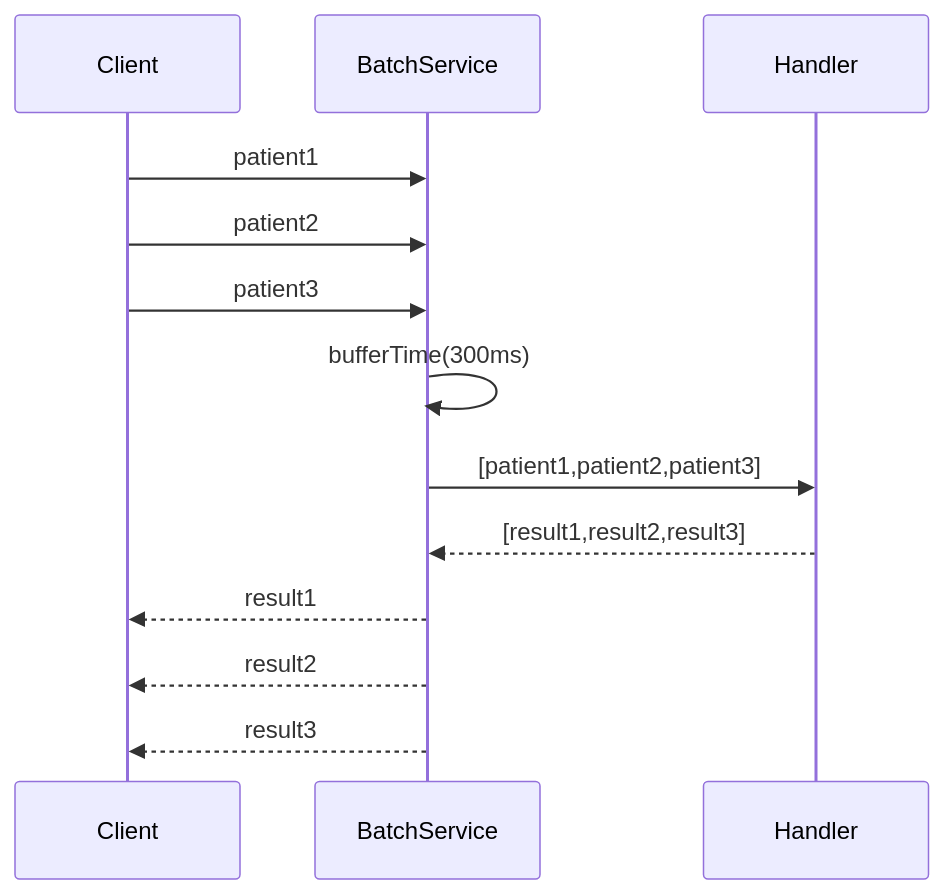
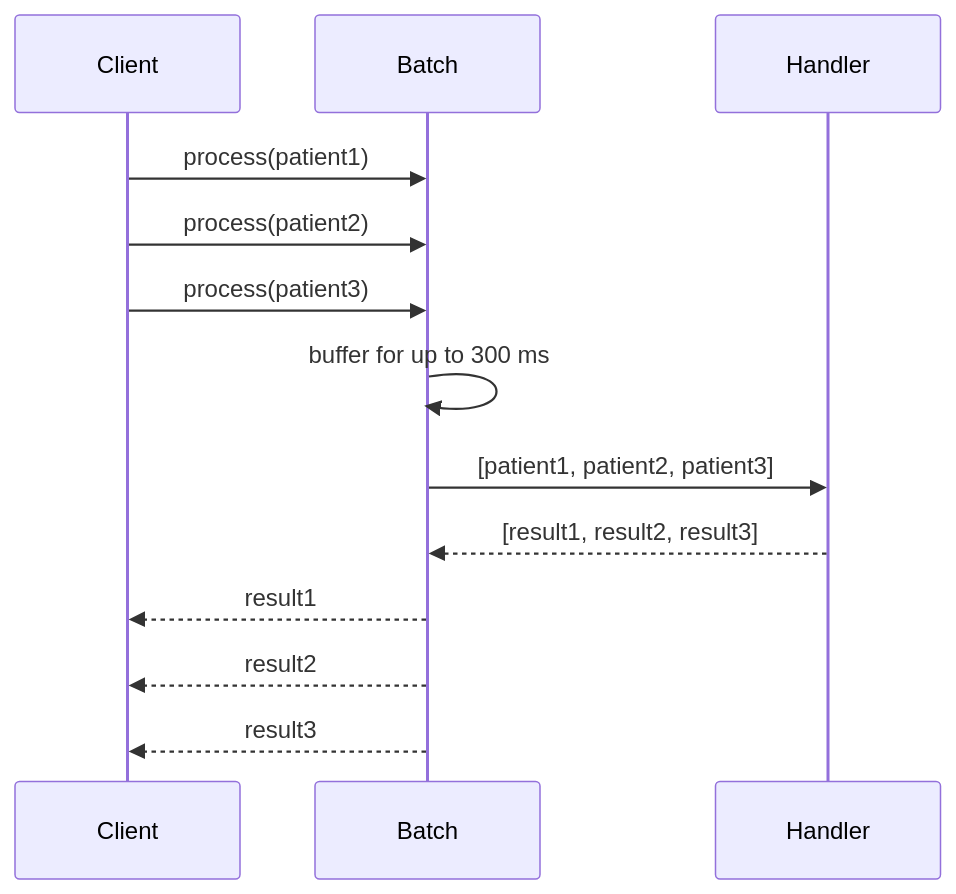
One commit to smals-belgium/shared-pseudo-tools-js changed the second of 4 diagrams in ARCHITECTURE.MD. Above: the diagram before and after it, drawn with Mermaid. The commit also changed other lines of this file and 12 other files, not shown here.

````diff
--- a/ARCHITECTURE.MD
+++ b/ARCHITECTURE.MD
@@ -214,21 +139,16 @@
 ```mermaid
 sequenceDiagram
+    participant Client
+    participant Batch
+    participant Handler
 
-participant Client
-participant BatchService
-participant Handler
-
-Client->>BatchService: patient1
-Client->>BatchService: patient2
-Client->>BatchService: patient3
-
-BatchService->>BatchService: bufferTime(300ms)
-
-BatchService->>Handler: [patient1,patient2,patient3]
-
-Handler-->>BatchService: [result1,result2,result3]
-
-BatchService-->>Client: result1
-BatchService-->>Client: result2
-BatchService-->>Client: result3
+    Client->>Batch: process(patient1)
+    Client->>Batch: process(patient2)
+    Client->>Batch: process(patient3)
+    Batch->>Batch: buffer for up to 300 ms
+    Batch->>Handler: [patient1, patient2, patient3]
+    Handler-->>Batch: [result1, result2, result3]
+    Batch-->>Client: result1
+    Batch-->>Client: result2
+    Batch-->>Client: result3
 ```
````
